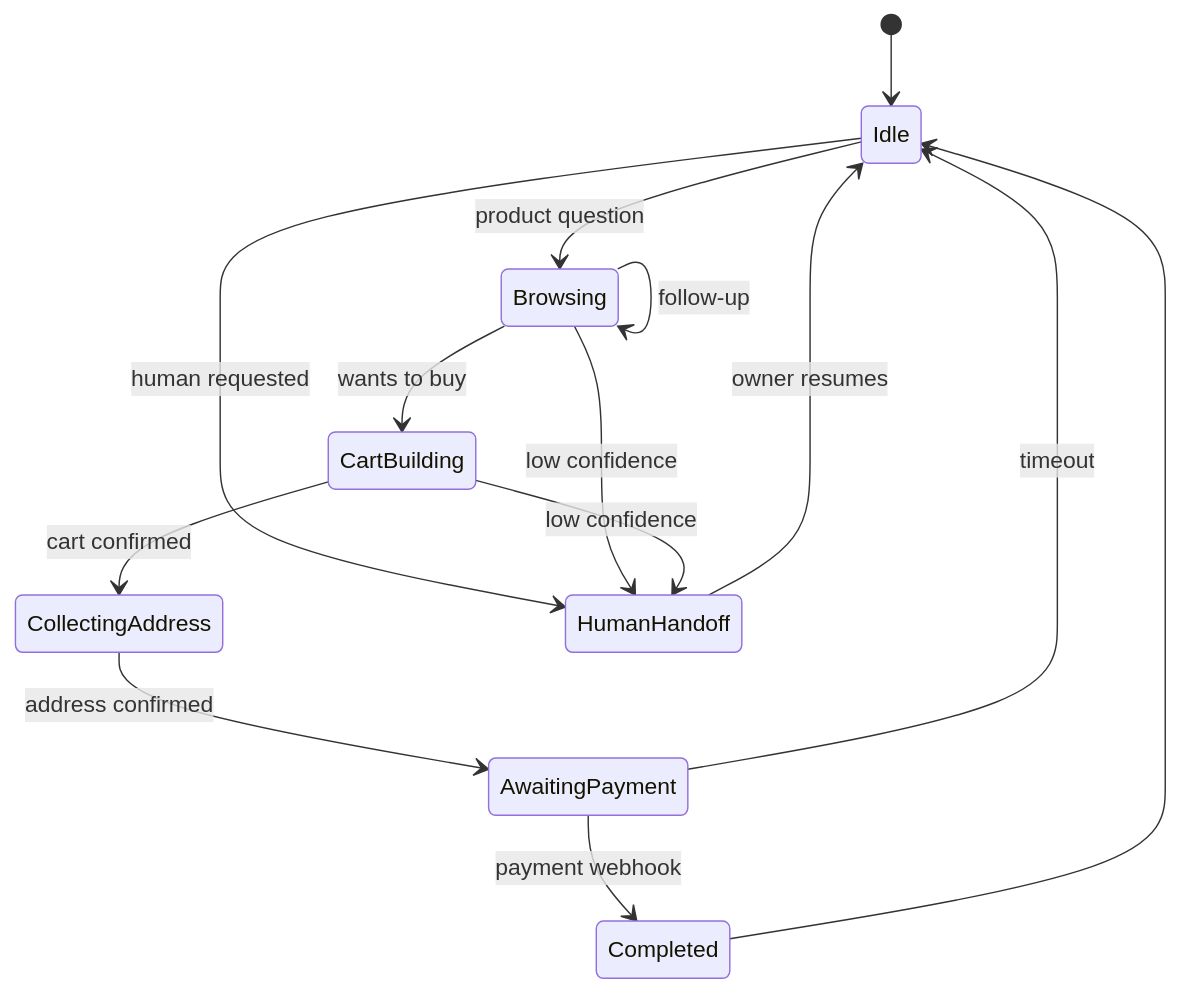
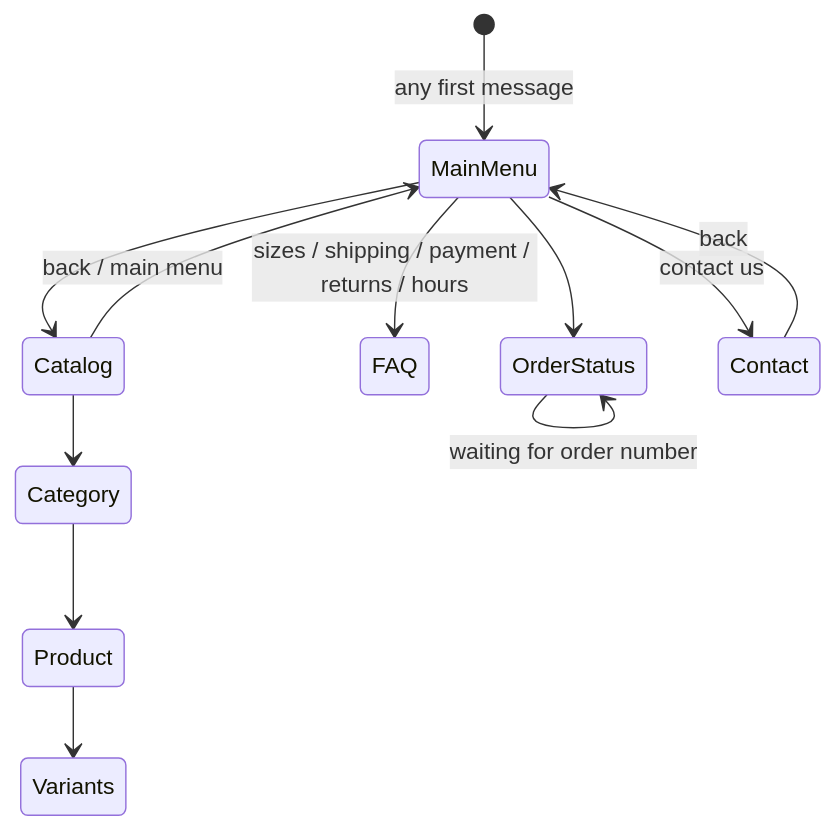
The diagram in docs/04-conversation-design.md (rodycastillo/tee-concierge), drawn with Mermaid before and after one commit. The commit also changed other lines of this file and 11 other files, not shown here.

First line of the commit message:
docs: switch to menu-driven design, add contact-us and Meta setup guide

````diff
--- a/docs/04-conversation-design.md
+++ b/docs/04-conversation-design.md
@@ -31,16 +54,14 @@
 ```mermaid
 stateDiagram-v2
-    [*] --> Idle
-    Idle --> Browsing: product question
-    Browsing --> Browsing: follow-up
-    Browsing --> CartBuilding: wants to buy
-    CartBuilding --> CollectingAddress: cart confirmed
-    CollectingAddress --> AwaitingPayment: address confirmed
-    AwaitingPayment --> Completed: payment webhook
-    AwaitingPayment --> Idle: timeout
-    Idle --> HumanHandoff: human requested
-    Browsing --> HumanHandoff: low confidence
-    CartBuilding --> HumanHandoff: low confidence
-    HumanHandoff --> Idle: owner resumes
-    Completed --> Idle
+    [*] --> MainMenu: any first message
+    MainMenu --> Catalog
+    Catalog --> Category
+    Category --> Product
+    Product --> Variants
+    MainMenu --> FAQ: sizes / shipping / payment / returns / hours
+    MainMenu --> OrderStatus
+    OrderStatus --> OrderStatus: waiting for order number
+    MainMenu --> Contact: contact us
+    Catalog --> MainMenu: back / main menu
+    Contact --> MainMenu: back
 ```
````
